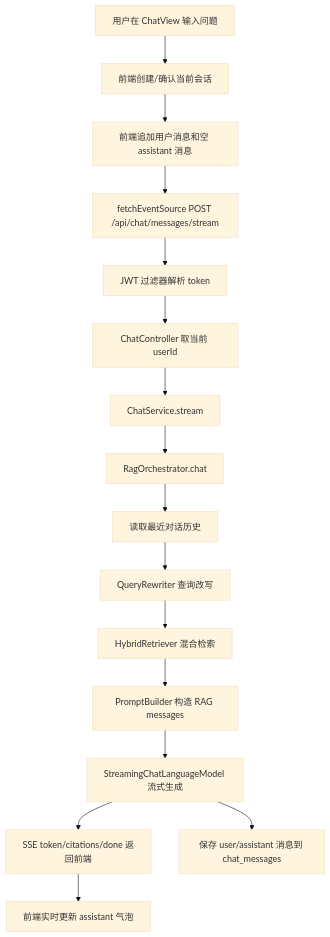
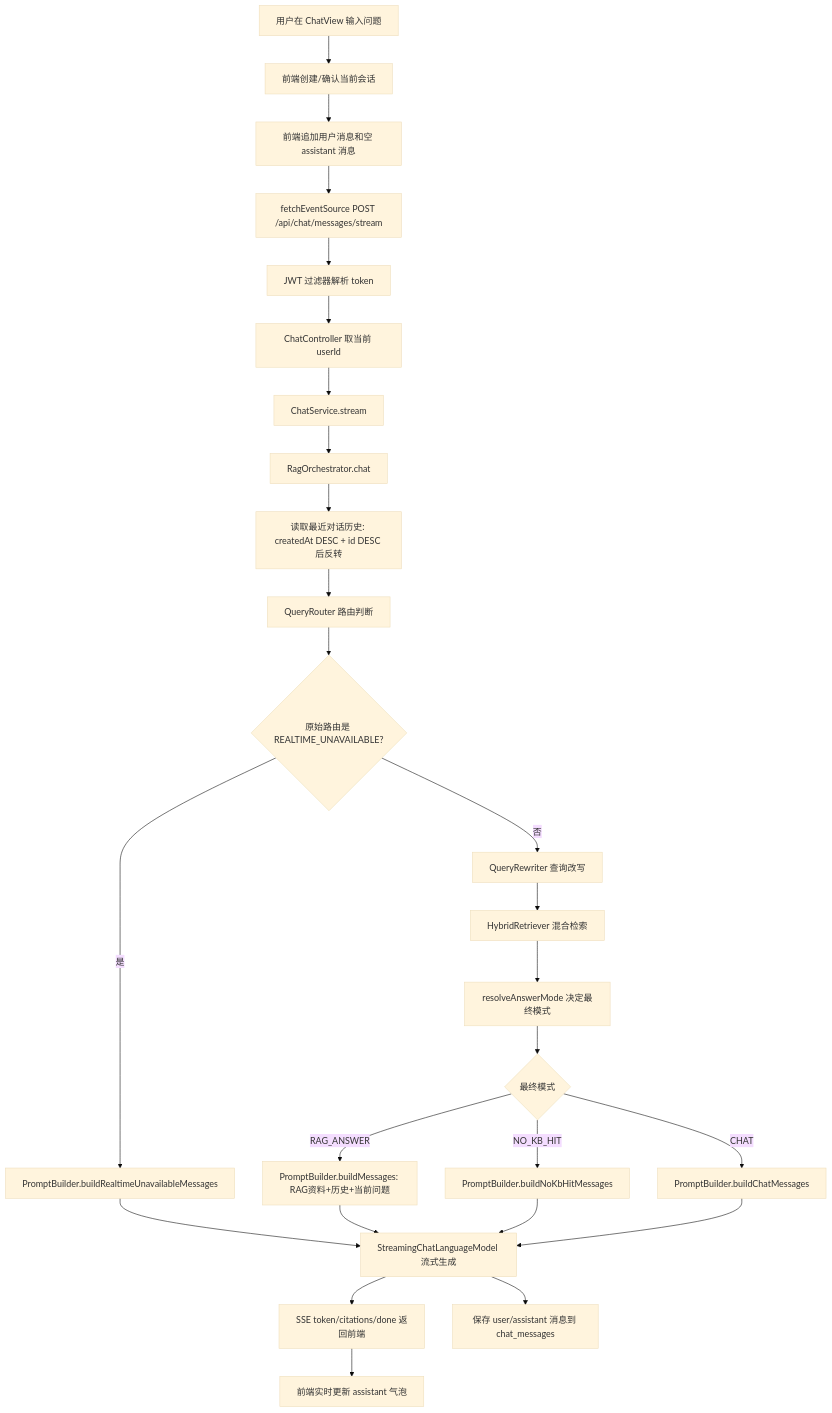
One commit to ning696/myrag changed the diagram in 文档/用户提问到回答输出链路.md. Above: the diagram before and after it, drawn with Mermaid (base theme). The commit also changed other lines of this file and 15 other files, not shown here.

````diff
--- a/文档/用户提问到回答输出链路.md
+++ b/文档/用户提问到回答输出链路.md
@@ -7,18 +7,28 @@
 ```mermaid
 flowchart TD
     A["用户在 ChatView 输入问题"] --> B["前端创建/确认当前会话"]
     B --> C["前端追加用户消息和空 assistant 消息"]
     C --> D["fetchEventSource POST /api/chat/messages/stream"]
     D --> E["JWT 过滤器解析 token"]
     E --> F["ChatController 取当前 userId"]
     F --> G["ChatService.stream"]
     G --> H["RagOrchestrator.chat"]
-    H --> I["读取最近对话历史"]
-    I --> J["QueryRewriter 查询改写"]
-    J --> K["HybridRetriever 混合检索"]
-    K --> L["PromptBuilder 构造 RAG messages"]
+    H --> I["读取最近对话历史: createdAt DESC + id DESC 后反转"]
+    I --> J["QueryRouter 路由判断"]
+    J --> K{"原始路由是 REALTIME_UNAVAILABLE?"}
+    K -- 是 --> L["PromptBuilder.buildRealtimeUnavailableMessages"]
     L --> M["StreamingChatLanguageModel 流式生成"]
-    M --> N["SSE token/citations/done 返回前端"]
-    N --> O["前端实时更新 assistant 气泡"]
-    M --> P["保存 user/assistant 消息到 chat_messages"]
+    K -- 否 --> N["QueryRewriter 查询改写"]
+    N --> O["HybridRetriever 混合检索"]
+    O --> P["resolveAnswerMode 决定最终模式"]
+    P --> Q{"最终模式"}
+    Q -- RAG_ANSWER --> R["PromptBuilder.buildMessages: RAG资料+历史+当前问题"]
+    Q -- NO_KB_HIT --> S["PromptBuilder.buildNoKbHitMessages"]
+    Q -- CHAT --> T["PromptBuilder.buildChatMessages"]
+    R --> M
+    S --> M
+    T --> M
+    M --> U["SSE token/citations/done 返回前端"]
+    U --> V["前端实时更新 assistant 气泡"]
+    M --> W["保存 user/assistant 消息到 chat_messages"]
 ```
````
